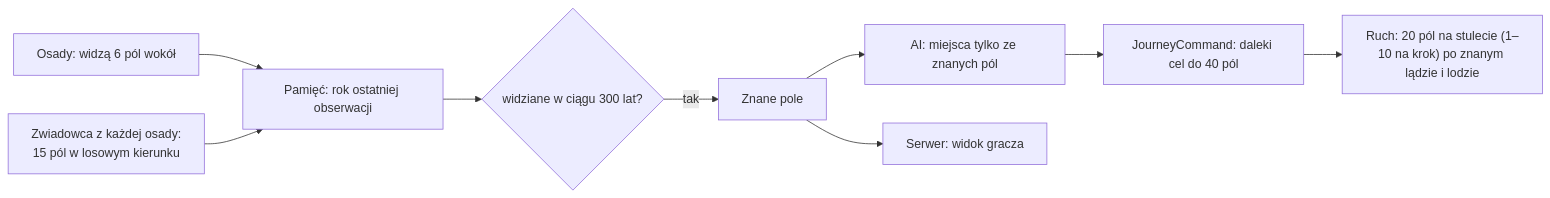
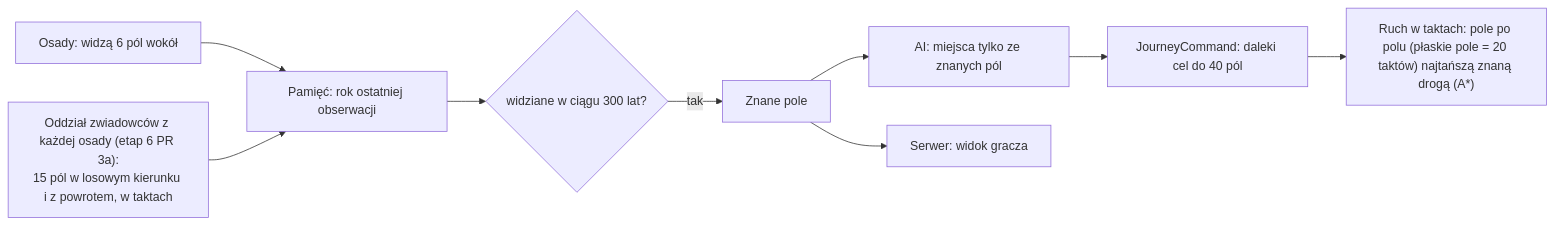
The diagram in docs/systems/perception.md (CoStellar/CivSim2), drawn with Mermaid before and after one commit. The commit also changed other lines of this file and 8 other files, not shown here.

First line of the commit message:
Docs: units, spatial grid, villages stay, stage 6 plan and roadmap with T1-T14

````diff
--- a/docs/systems/perception.md
+++ b/docs/systems/perception.md
@@ -14,11 +14,11 @@
 ```mermaid
 flowchart LR
   S["Osady: widzą 6 pól wokół"] --> M["Pamięć: rok ostatniej obserwacji"]
-  Z["Zwiadowca z każdej osady:<br/>15 pól w losowym kierunku"] --> M
+  Z["Oddział zwiadowców z każdej osady (etap 6 PR 3a):<br/>15 pól w losowym kierunku i z powrotem, w taktach"] --> M
   M --> K{"widziane w ciągu 300 lat?"}
   K -->|tak| KN["Znane pole"]
   KN --> AI["AI: miejsca tylko ze znanych pól"]
   KN --> V["Serwer: widok gracza"]
   AI --> J["JourneyCommand: daleki cel do 40 pól"]
-  J --> W["Ruch: 20 pól na stulecie (1–10 na krok) po znanym lądzie i lodzie"]
+  J --> W["Ruch w taktach: pole po polu (płaskie pole = 20 taktów) najtańszą znaną drogą (A*)"]
 ```
````
